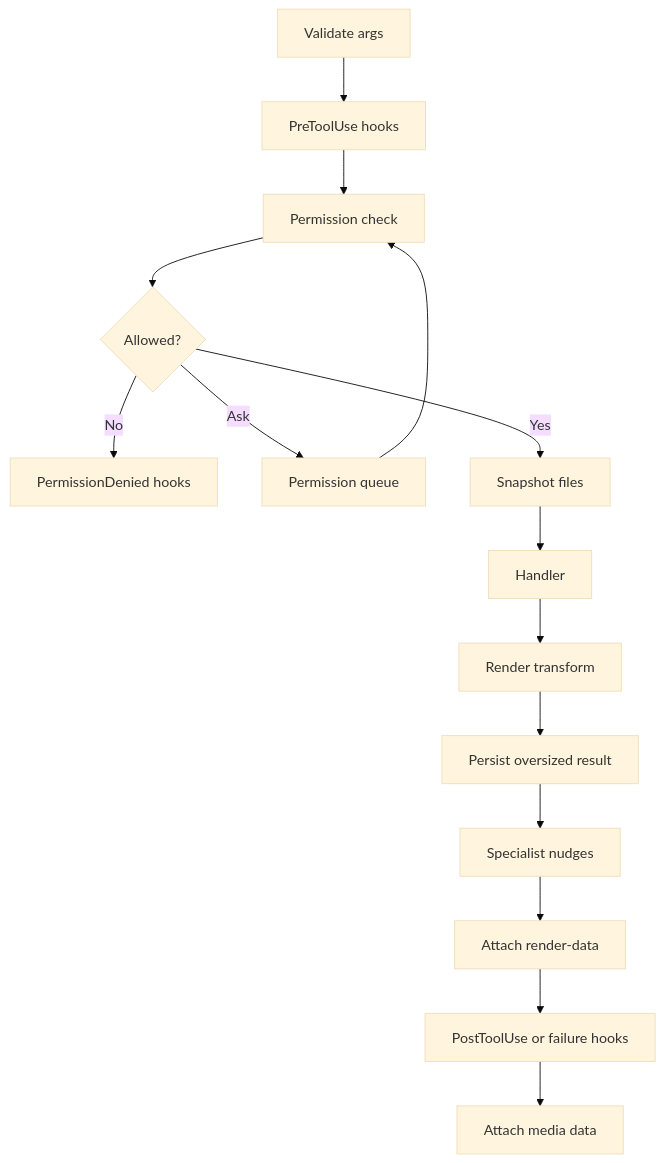
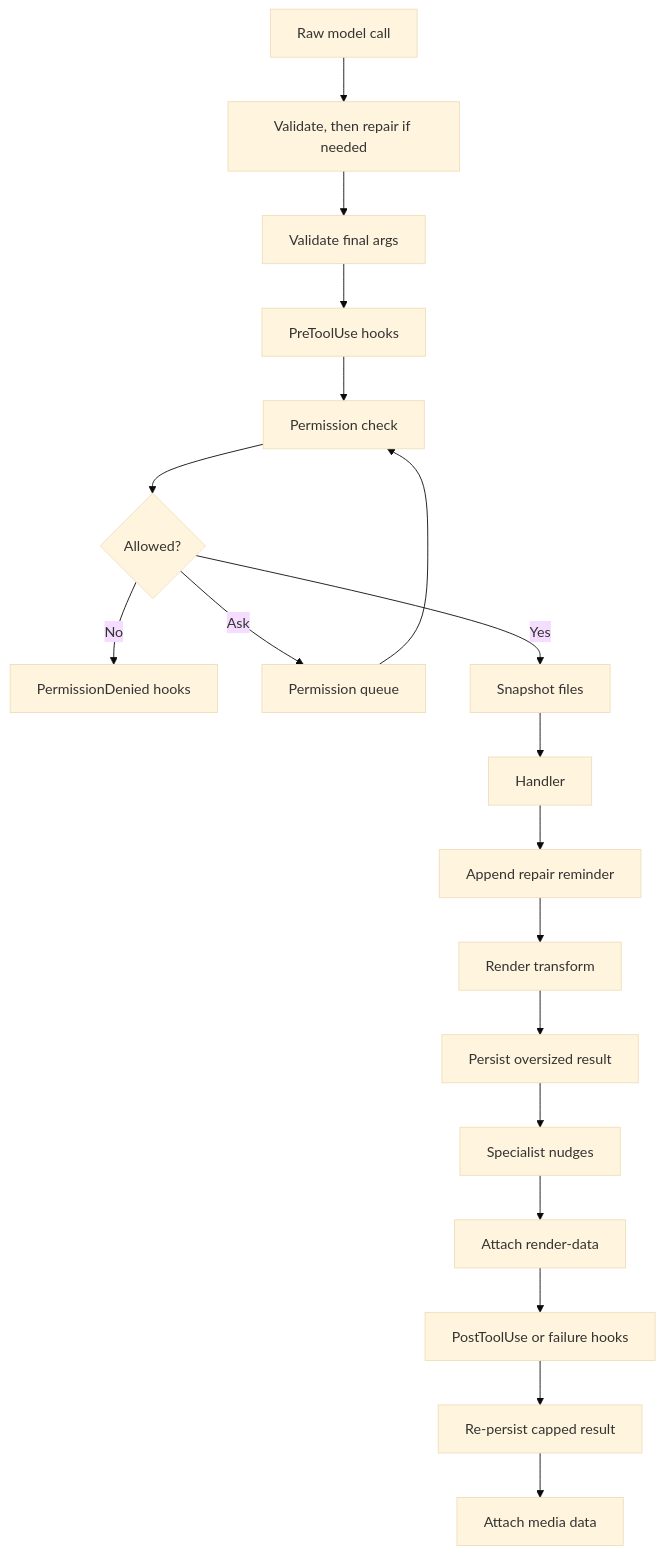
One commit to FrauH0lle/mevedel changed the diagram in docs/tools.md. Above: the diagram before and after it, drawn with Mermaid (base theme). The commit also changed other lines of this file and 28 other files, not shown here.

First line of the commit message:
feat(tools): Repair recoverable model input

````diff
--- a/docs/tools.md
+++ b/docs/tools.md
@@ -7,17 +7,21 @@
 ```mermaid
 flowchart TD
-    A[Validate args] --> B[PreToolUse hooks]
+    R[Raw model call] --> S[Validate, then repair if needed]
+    S --> A[Validate final args]
+    A --> B[PreToolUse hooks]
     B --> C[Permission check]
     C --> D{Allowed?}
     D -- No --> E[PermissionDenied hooks]
     D -- Ask --> F[Permission queue]
     F --> C
     D -- Yes --> G[Snapshot files]
     G --> H[Handler]
-    H --> I[Render transform]
-    I --> J[Persist oversized result]
-    J --> K[Specialist nudges]
-    K --> L[Attach render-data]
-    L --> M[PostToolUse or failure hooks]
-    M --> N[Attach media data]
+    H --> I[Append repair reminder]
+    I --> J[Render transform]
+    J --> K[Persist oversized result]
+    K --> L[Specialist nudges]
+    L --> M[Attach render-data]
+    M --> N[PostToolUse or failure hooks]
+    N --> O[Re-persist capped result]
+    O --> P[Attach media data]
 ```
````
